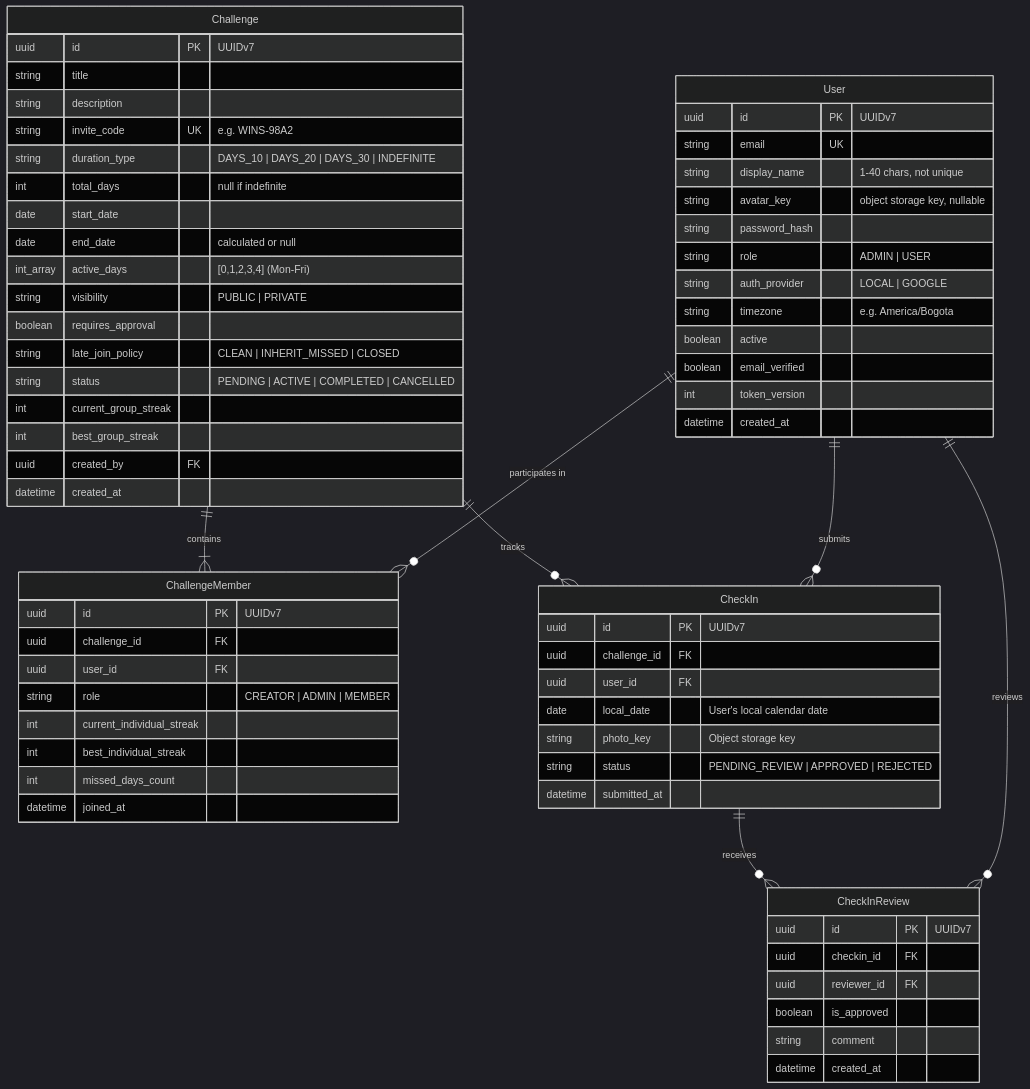
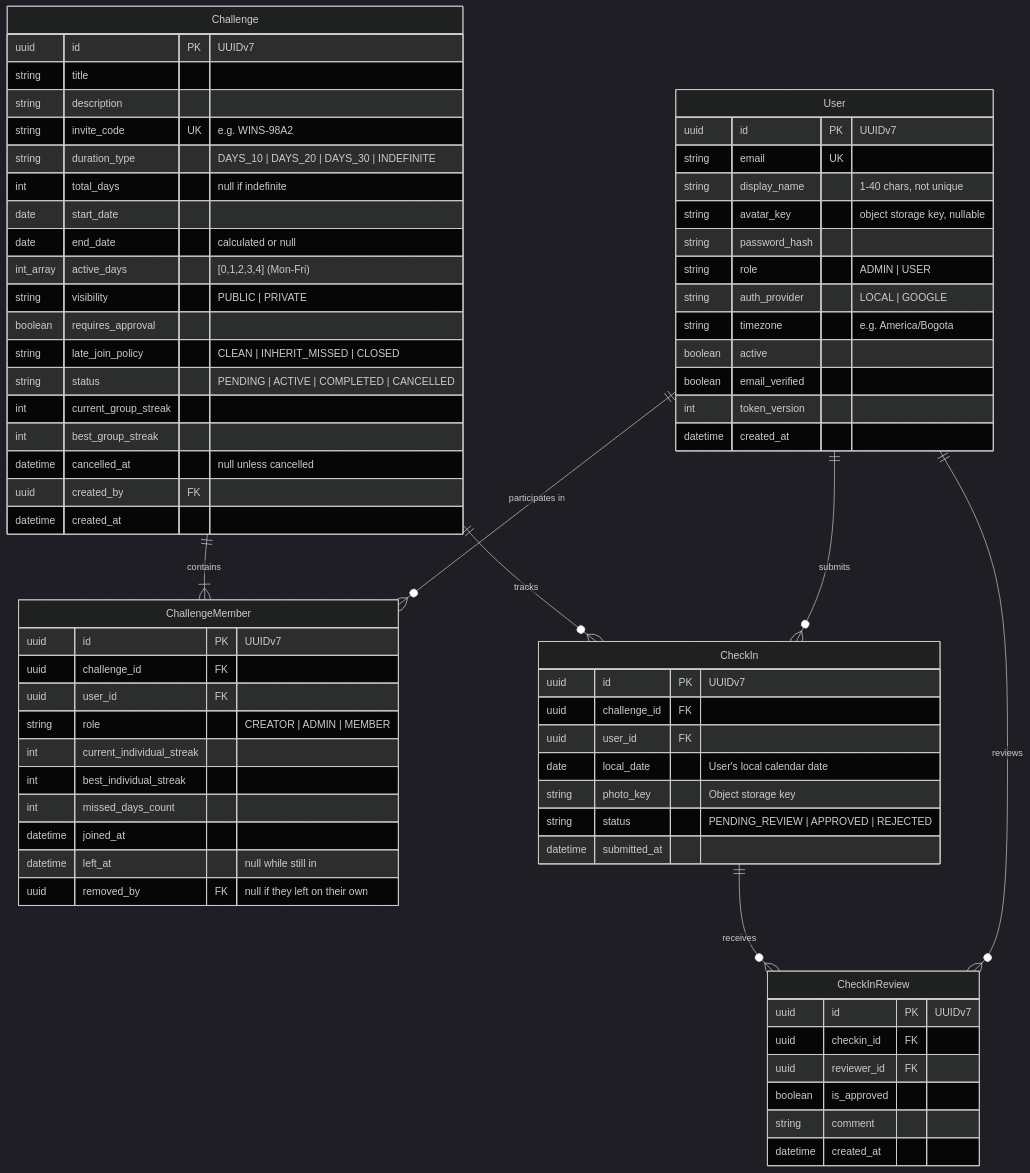
One commit to jcamilodev-py/WhoWins changed the diagram in README.md. Above: the diagram before and after it, drawn with Mermaid (dark theme). The commit also changed other lines of this file, not shown here.

````diff
--- a/README.md
+++ b/README.md
@@ -75,74 +76,77 @@
 ```mermaid
 erDiagram
     User ||--o{ ChallengeMember : "participates in"
     User ||--o{ CheckIn : "submits"
     User ||--o{ CheckInReview : "reviews"
     Challenge ||--|{ ChallengeMember : "contains"
     Challenge ||--o{ CheckIn : "tracks"
     CheckIn ||--o{ CheckInReview : "receives"
 
     User {
         uuid id PK "UUIDv7"
         string email UK
         string display_name "1-40 chars, not unique"
         string avatar_key "object storage key, nullable"
         string password_hash
         string role "ADMIN | USER"
         string auth_provider "LOCAL | GOOGLE"
         string timezone "e.g. America/Bogota"
         boolean active
         boolean email_verified
         int token_version
         datetime created_at
     }
 
     Challenge {
         uuid id PK "UUIDv7"
         string title
         string description
         string invite_code UK "e.g. WINS-98A2"
         string duration_type "DAYS_10 | DAYS_20 | DAYS_30 | INDEFINITE"
         int total_days "null if indefinite"
         date start_date
         date end_date "calculated or null"
         int_array active_days "[0,1,2,3,4] (Mon-Fri)"
         string visibility "PUBLIC | PRIVATE"
         boolean requires_approval
         string late_join_policy "CLEAN | INHERIT_MISSED | CLOSED"
         string status "PENDING | ACTIVE | COMPLETED | CANCELLED"
         int current_group_streak
         int best_group_streak
+        datetime cancelled_at "null unless cancelled"
         uuid created_by FK
         datetime created_at
     }
 
     ChallengeMember {
         uuid id PK "UUIDv7"
         uuid challenge_id FK
         uuid user_id FK
         string role "CREATOR | ADMIN | MEMBER"
         int current_individual_streak
         int best_individual_streak
         int missed_days_count
         datetime joined_at
+        datetime left_at "null while still in"
+        uuid removed_by FK "null if they left on their own"
     }
 
     CheckIn {
         uuid id PK "UUIDv7"
         uuid challenge_id FK
         uuid user_id FK
         date local_date "User's local calendar date"
         string photo_key "Object storage key"
         string status "PENDING_REVIEW | APPROVED | REJECTED"
         datetime submitted_at
     }
 
     CheckInReview {
         uuid id PK "UUIDv7"
         uuid checkin_id FK
         uuid reviewer_id FK
         boolean is_approved
         string comment
         datetime created_at
     }
 ```
````
